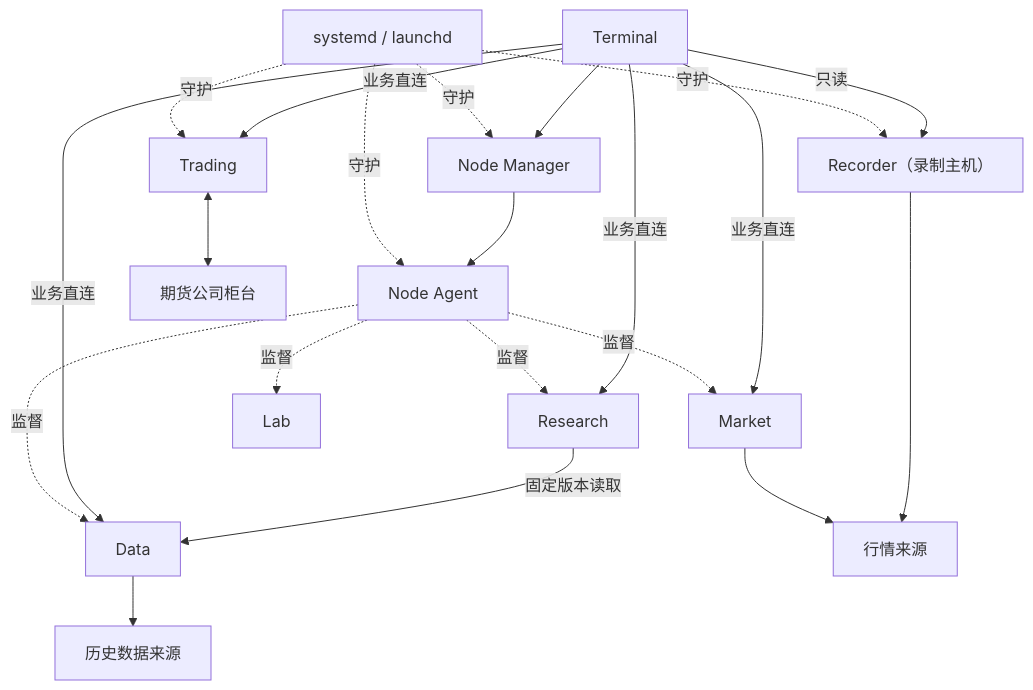
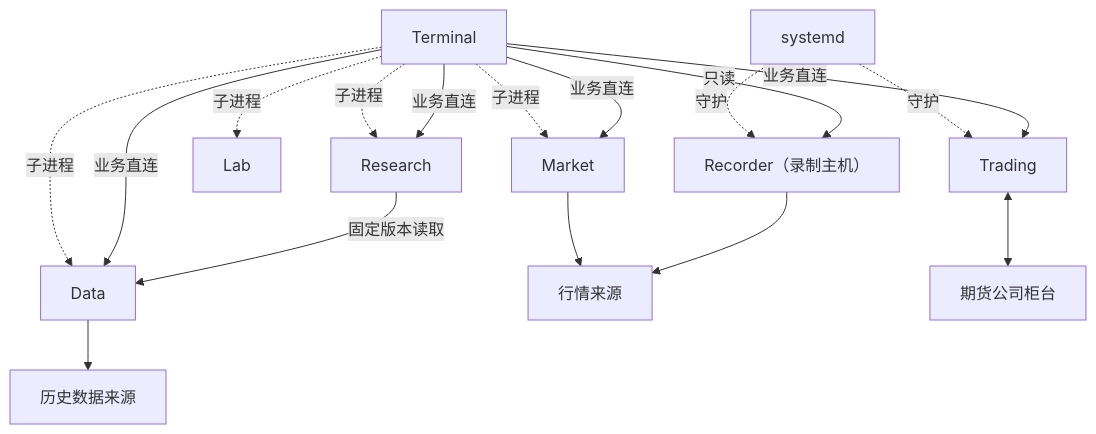
One commit to isqiwen/asterion-terminal changed the second of 2 diagrams in docs/architecture.md. Above: the diagram before and after it, drawn with Mermaid. The commit also changed other lines of this file and 235 other files, not shown here.

````diff
--- a/docs/architecture.md
+++ b/docs/architecture.md
@@ -45,17 +45,13 @@
 ```mermaid
 flowchart TB
-  OS[systemd / launchd] -.守护.-> Manager[Node Manager]
-  OS -.守护.-> Agent[Node Agent]
-  Terminal --> Manager
-  Manager --> Agent
-  Agent -.监督.-> Market & Data & Research & Lab
-  OS -.守护.-> Trading
+  Terminal -.子进程.-> Market & Data & Research & Lab
+  OS[systemd] -.守护.-> Trading
   Terminal -->|业务直连| Market & Data & Research & Trading
   Research -->|固定版本读取| Data
   Market --> Provider[行情来源]
   OS -.守护.-> Recorder[Recorder（录制主机）]
   Recorder --> Provider
   Terminal -->|只读| Recorder
   Data --> Provider2[历史数据来源]
   Trading <--> Broker[期货公司柜台]
 ```
````
